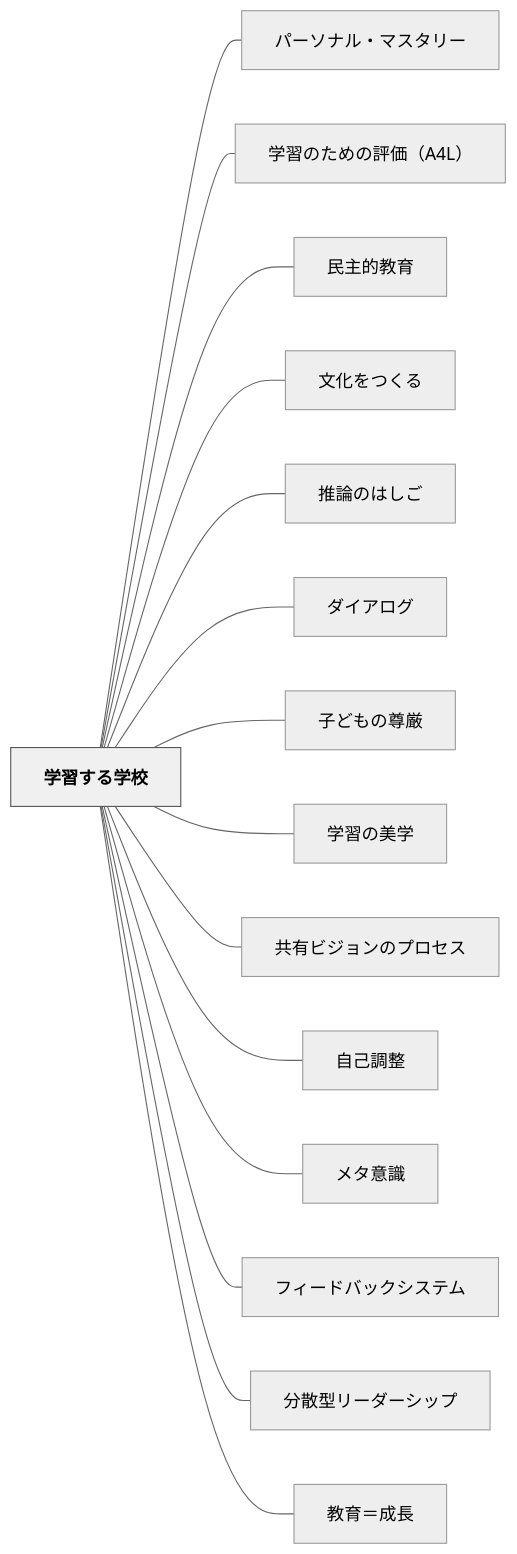
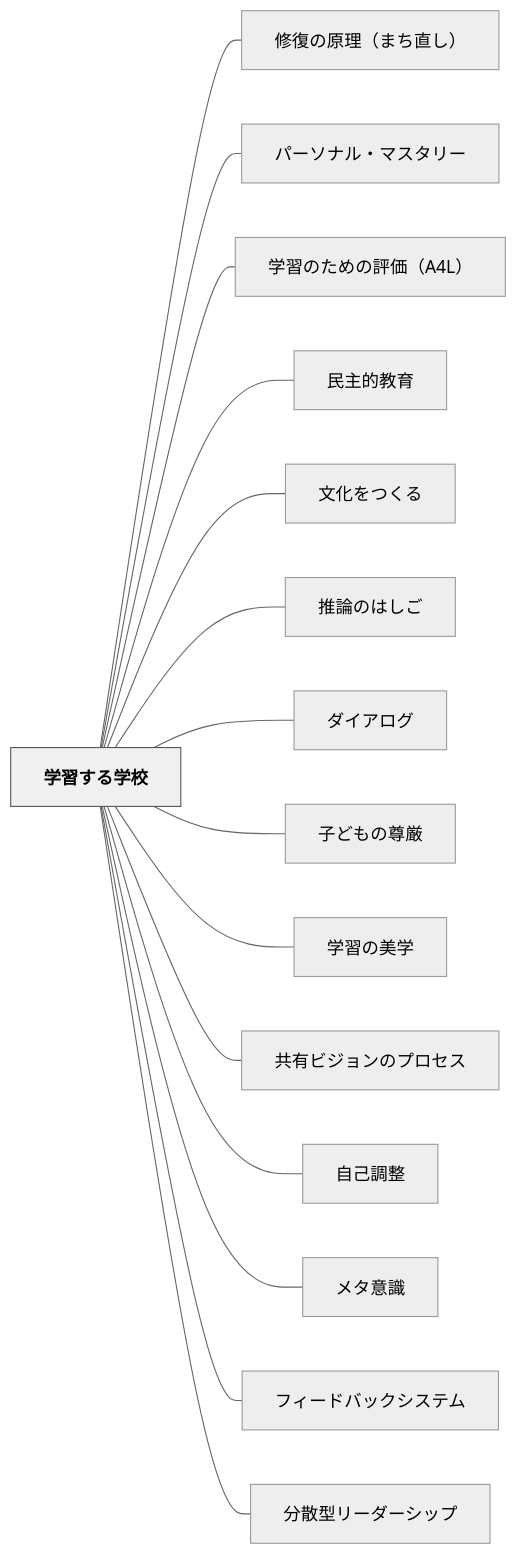
The diagram in content/パタン/学習する学校.md (unknownthings-ed-patterns/unknownthings-ed-patterns), drawn with Mermaid (neutral theme) before and after one commit. The commit also changed other lines of this file and 185 other files, not shown here.

````diff
--- a/content/パタン/学習する学校.md
+++ b/content/パタン/学習する学校.md
@@ -191,36 +192,36 @@
 ```mermaid
 flowchart LR
     ne5ada6e7bf92e38199e3828be5ada6e6a0a1["学習する学校"]
+    ne4bfaee5bea9e381aee58e9fe79086efbc88e381bee381a1e79bb4e38197efbc89["修復の原理（まち直し）"]
     ne38391e383bce382bde3838ae383abe383bbe3839ee382b9e382bfe383aae383bc["パーソナル・マスタリー"]
     ne5ada6e7bf92e381aee3819fe38281e381aee8a995e4bea1efbc8841344cefbc89["学習のための評価（A4L）"]
     ne6b091e4b8bbe79a84e69599e882b2["民主的教育"]
     ne69687e58c96e38292e381a4e3818fe3828b["文化をつくる"]
     ne68ea8e8ab96e381aee381afe38197e38194["推論のはしご"]
     ne38380e382a4e382a2e383ade382b0["ダイアログ"]
     ne5ad90e381a9e38282e381aee5b08ae58eb3["子どもの尊厳"]
     ne5ada6e7bf92e381aee7be8ee5ada6["学習の美学"]
     ne585b1e69c89e38393e382b8e383a7e383b3e381aee38397e383ade382bbe382b9["共有ビジョンのプロセス"]
     ne887aae5b7b1e8aabfe695b4["自己調整"]
     ne383a1e382bfe6848fe8ad98["メタ意識"]
     ne38395e382a3e383bce38389e38390e38383e382afe382b7e382b9e38386e383a0["フィードバックシステム"]
     ne58886e695a3e59e8be383aae383bce38380e383bce382b7e38383e38397["分散型リーダーシップ"]
-    ne69599e882b2efbc9de68890e995b7["教育＝成長"]
 
+    ne5ada6e7bf92e38199e3828be5ada6e6a0a1 --- ne4bfaee5bea9e381aee58e9fe79086efbc88e381bee381a1e79bb4e38197efbc89
     ne5ada6e7bf92e38199e3828be5ada6e6a0a1 --- ne38391e383bce382bde3838ae383abe383bbe3839ee382b9e382bfe383aae383bc
     ne5ada6e7bf92e38199e3828be5ada6e6a0a1 --- ne5ada6e7bf92e381aee3819fe38281e381aee8a995e4bea1efbc8841344cefbc89
     ne5ada6e7bf92e38199e3828be5ada6e6a0a1 --- ne6b091e4b8bbe79a84e69599e882b2
     ne5ada6e7bf92e38199e3828be5ada6e6a0a1 --- ne69687e58c96e38292e381a4e3818fe3828b
     ne5ada6e7bf92e38199e3828be5ada6e6a0a1 --- ne68ea8e8ab96e381aee381afe38197e38194
     ne5ada6e7bf92e38199e3828be5ada6e6a0a1 --- ne38380e382a4e382a2e383ade382b0
     ne5ada6e7bf92e38199e3828be5ada6e6a0a1 --- ne5ad90e381a9e38282e381aee5b08ae58eb3
     ne5ada6e7bf92e38199e3828be5ada6e6a0a1 --- ne5ada6e7bf92e381aee7be8ee5ada6
     ne5ada6e7bf92e38199e3828be5ada6e6a0a1 --- ne585b1e69c89e38393e382b8e383a7e383b3e381aee38397e383ade382bbe382b9
     ne5ada6e7bf92e38199e3828be5ada6e6a0a1 --- ne887aae5b7b1e8aabfe695b4
     ne5ada6e7bf92e38199e3828be5ada6e6a0a1 --- ne383a1e382bfe6848fe8ad98
     ne5ada6e7bf92e38199e3828be5ada6e6a0a1 --- ne38395e382a3e383bce38389e38390e38383e382afe382b7e382b9e38386e383a0
     ne5ada6e7bf92e38199e3828be5ada6e6a0a1 --- ne58886e695a3e59e8be383aae383bce38380e383bce382b7e38383e38397
-    ne5ada6e7bf92e38199e3828be5ada6e6a0a1 --- ne69599e882b2efbc9de68890e995b7
 
     classDef hub fill:#f0f0f0,stroke:#555,color:#000,font-weight:bold
     class ne5ada6e7bf92e38199e3828be5ada6e6a0a1 hub
 ```
````
